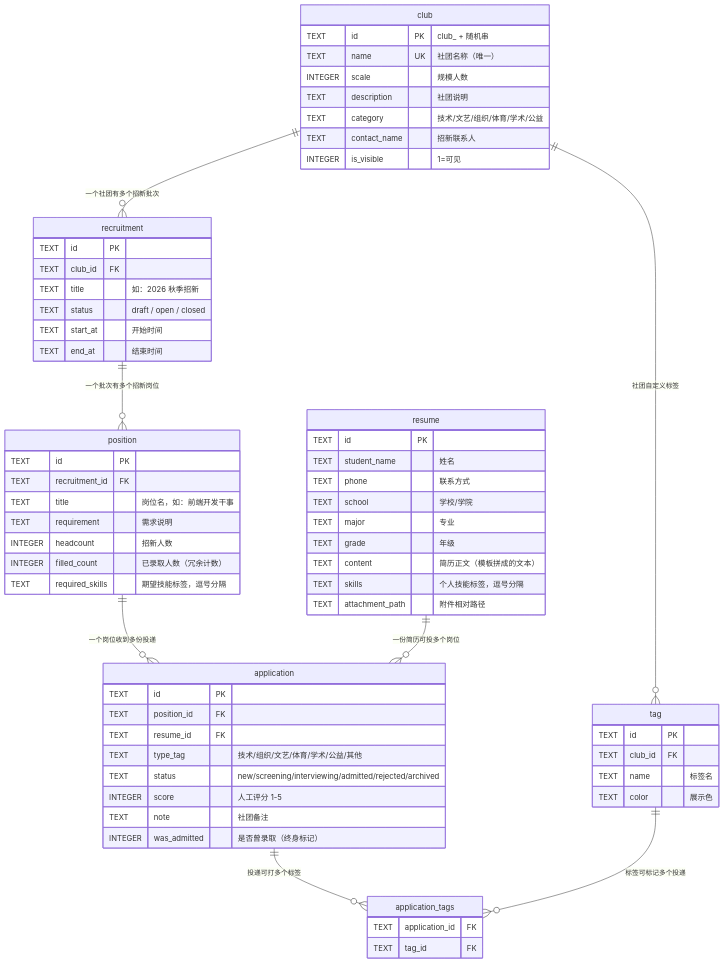
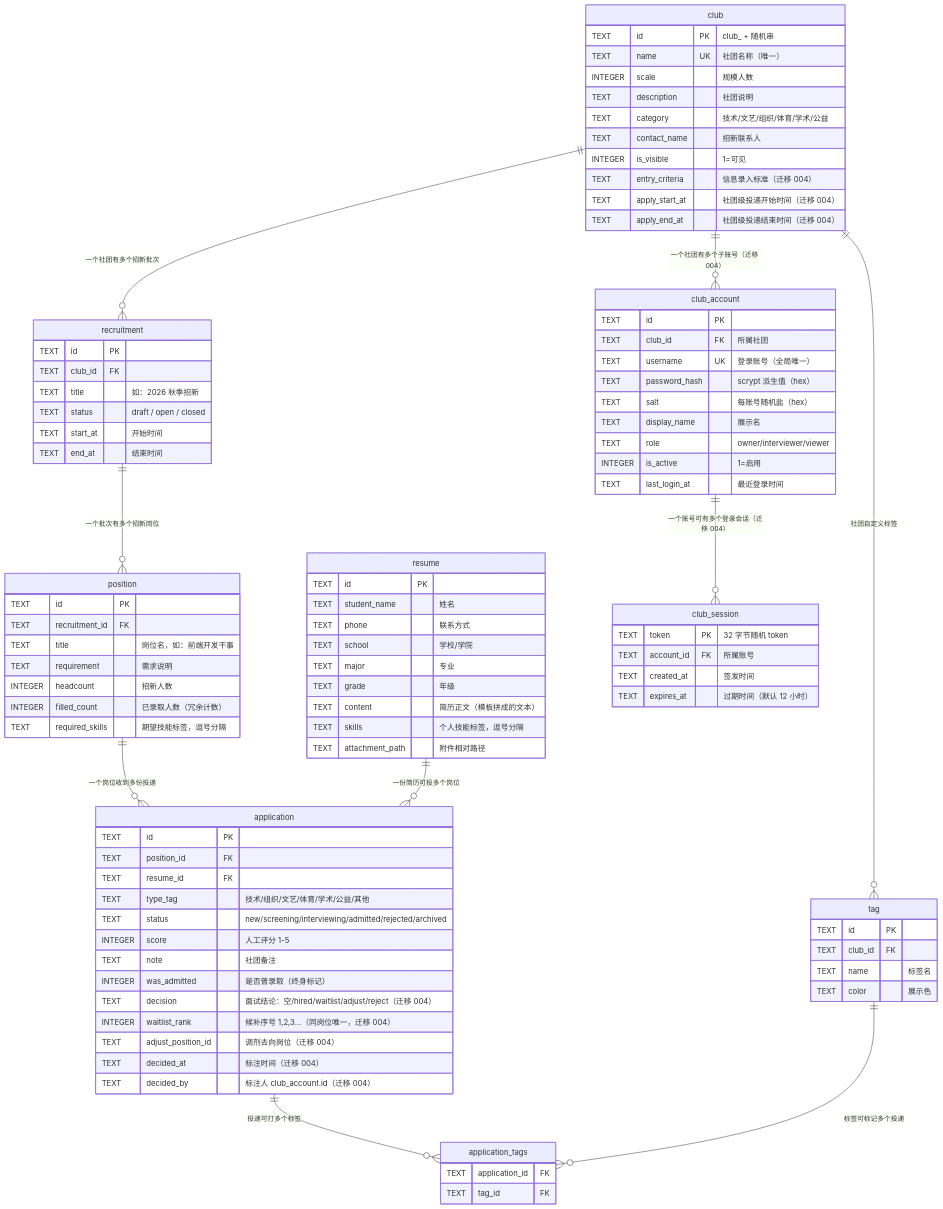
One commit to LLLDIOT/community changed the first of 2 diagrams in docs/DATA_MODEL.md. Above: the diagram before and after it, drawn with Mermaid. The commit also changed other lines of this file and 37 other files, not shown here.

````diff
--- a/docs/DATA_MODEL.md
+++ b/docs/DATA_MODEL.md
@@ -13,6 +13,8 @@
     club ||--o{ tag : "社团自定义标签"
     application ||--o{ application_tags : "投递可打多个标签"
     tag ||--o{ application_tags : "标签可标记多个投递"
+    club ||--o{ club_account : "一个社团有多个子账号（迁移 004）"
+    club_account ||--o{ club_session : "一个账号可有多个登录会话（迁移 004）"
 
     club {
         TEXT id PK "club_ + 随机串"
@@ -22,6 +24,9 @@
         TEXT category "技术/文艺/组织/体育/学术/公益"
         TEXT contact_name "招新联系人"
         INTEGER is_visible "1=可见"
+        TEXT entry_criteria "信息录入标准（迁移 004）"
+        TEXT apply_start_at "社团级投递开始时间（迁移 004）"
+        TEXT apply_end_at "社团级投递结束时间（迁移 004）"
     }
     recruitment {
         TEXT id PK
@@ -60,6 +65,11 @@
         INTEGER score "人工评分 1-5"
         TEXT note "社团备注"
         INTEGER was_admitted "是否曾录取（终身标记）"
+        TEXT decision "面试结论：空/hired/waitlist/adjust/reject（迁移 004）"
+        INTEGER waitlist_rank "候补序号 1,2,3…（同岗位唯一，迁移 004）"
+        TEXT adjust_position_id "调剂去向岗位（迁移 004）"
+        TEXT decided_at "标注时间（迁移 004）"
+        TEXT decided_by "标注人 club_account.id（迁移 004）"
     }
     tag {
         TEXT id PK
@@ -71,4 +81,21 @@
         TEXT application_id FK
         TEXT tag_id FK
     }
+    club_account {
+        TEXT id PK
+        TEXT club_id FK "所属社团"
+        TEXT username UK "登录账号（全局唯一）"
+        TEXT password_hash "scrypt 派生值（hex）"
+        TEXT salt "每账号随机盐（hex）"
+        TEXT display_name "展示名"
+        TEXT role "owner/interviewer/viewer"
+        INTEGER is_active "1=启用"
+        TEXT last_login_at "最近登录时间"
+    }
+    club_session {
+        TEXT token PK "32 字节随机 token"
+        TEXT account_id FK "所属账号"
+        TEXT created_at "签发时间"
+        TEXT expires_at "过期时间（默认 12 小时）"
+    }
 ```
````
